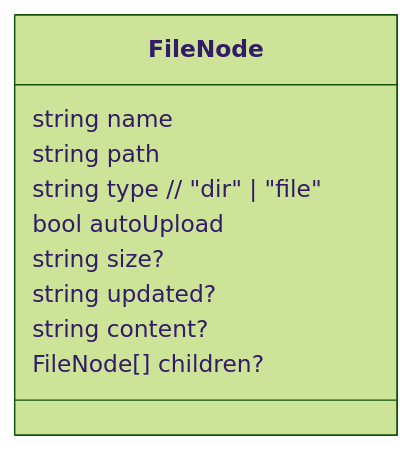
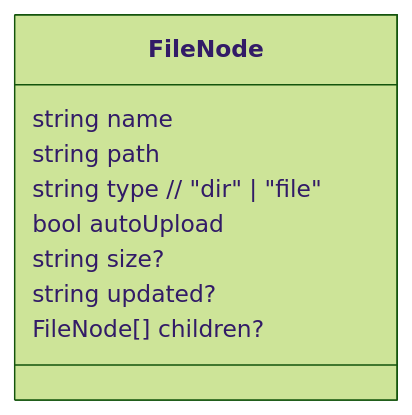
The sixth of 14 diagrams in docs/state-types-visual.md (VioletEvergardenZz/GoWatchFile), drawn with Mermaid (forest theme) before and after one commit. The commit also changed other lines of this file and 20 other files, not shown here.

````diff
--- a/docs/state-types-visual.md
+++ b/docs/state-types-visual.md
@@ -123,13 +113,12 @@
 ```mermaid
 classDiagram
 class FileNode {
   string name
   string path
   string type  // "dir" | "file"
   bool autoUpload
   string size?
   string updated?
-  string content?
   FileNode[] children?
 }
 ```
````
